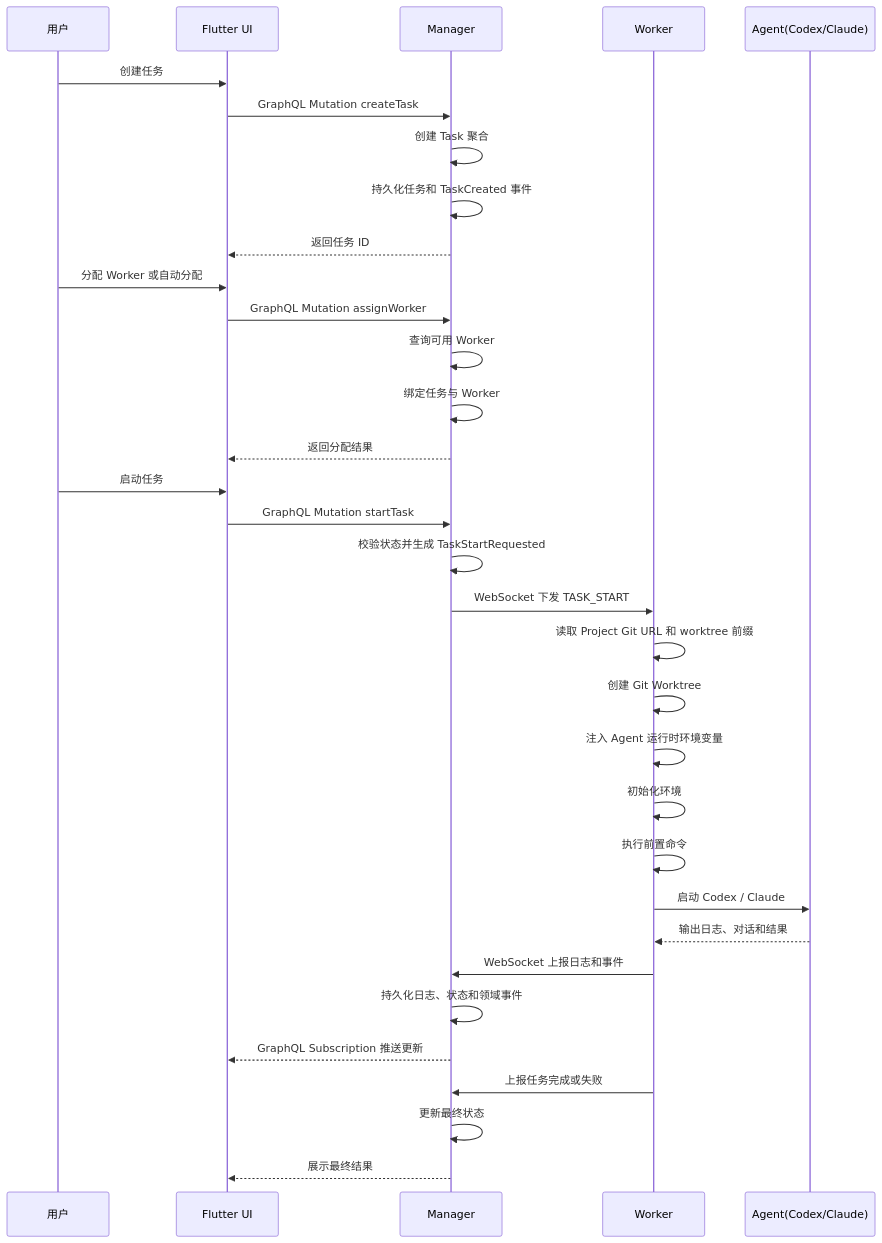
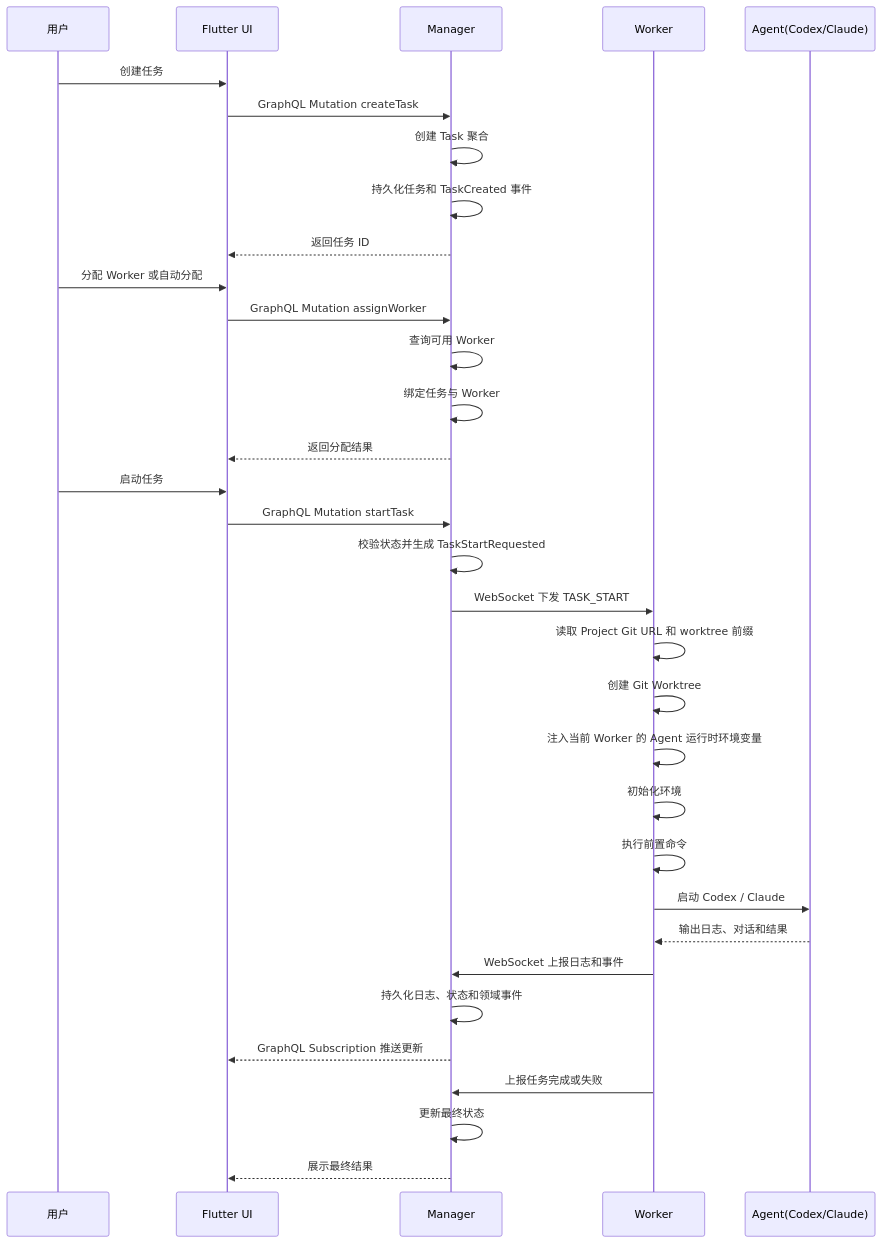
The first of 7 diagrams in docs/system-design.md (tangxusc/block-play-table), drawn with Mermaid before and after one commit. The commit also changed other lines of this file, not shown here.

````diff
--- a/docs/system-design.md
+++ b/docs/system-design.md
@@ -312,41 +318,41 @@
 ```mermaid
 sequenceDiagram
     participant U as 用户
     participant UI as Flutter UI
     participant M as Manager
     participant W as Worker
     participant A as Agent(Codex/Claude)
 
     U->>UI: 创建任务
     UI->>M: GraphQL Mutation createTask
     M->>M: 创建 Task 聚合
     M->>M: 持久化任务和 TaskCreated 事件
     M-->>UI: 返回任务 ID
 
     U->>UI: 分配 Worker 或自动分配
     UI->>M: GraphQL Mutation assignWorker
     M->>M: 查询可用 Worker
     M->>M: 绑定任务与 Worker
     M-->>UI: 返回分配结果
 
     U->>UI: 启动任务
     UI->>M: GraphQL Mutation startTask
     M->>M: 校验状态并生成 TaskStartRequested
     M->>W: WebSocket 下发 TASK_START
 
     W->>W: 读取 Project Git URL 和 worktree 前缀
     W->>W: 创建 Git Worktree
-    W->>W: 注入 Agent 运行时环境变量
+    W->>W: 注入当前 Worker 的 Agent 运行时环境变量
     W->>W: 初始化环境
     W->>W: 执行前置命令
     W->>A: 启动 Codex / Claude
     A-->>W: 输出日志、对话和结果
 
     W->>M: WebSocket 上报日志和事件
     M->>M: 持久化日志、状态和领域事件
     M-->>UI: GraphQL Subscription 推送更新
 
     W->>M: 上报任务完成或失败
     M->>M: 更新最终状态
     M-->>UI: 展示最终结果
 ```
````
